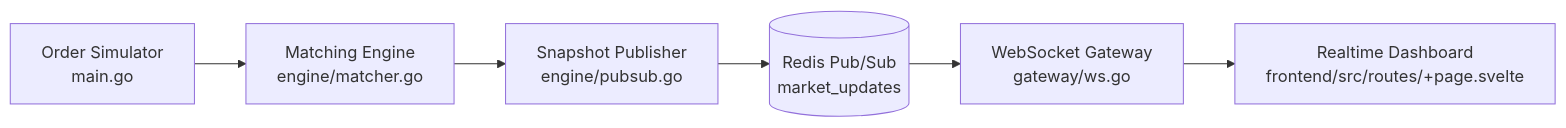
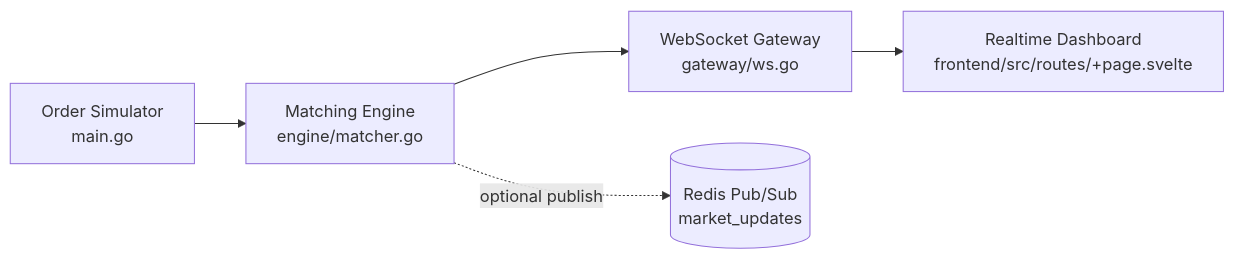
Before and after one commit to Mohammad77Radwan/go-distributed-orderbook: the first of 2 diagrams in README.md, drawn with Mermaid. The commit also changed other lines of this file and 3 other files, not shown here.

````diff
--- a/README.md
+++ b/README.md
@@ -31,8 +31,7 @@
 ```mermaid
 flowchart LR
 		SIM[Order Simulator\nmain.go] --> ENG[Matching Engine\nengine/matcher.go]
-		ENG --> PUB[Snapshot Publisher\nengine/pubsub.go]
-		PUB --> REDIS[(Redis Pub/Sub\nmarket_updates)]
-		REDIS --> GATE[WebSocket Gateway\ngateway/ws.go]
+		ENG --> GATE[WebSocket Gateway\ngateway/ws.go]
+		ENG -. optional publish .-> REDIS[(Redis Pub/Sub\nmarket_updates)]
 		GATE --> UI[Realtime Dashboard\nfrontend/src/routes/+page.svelte]
 ```
````
